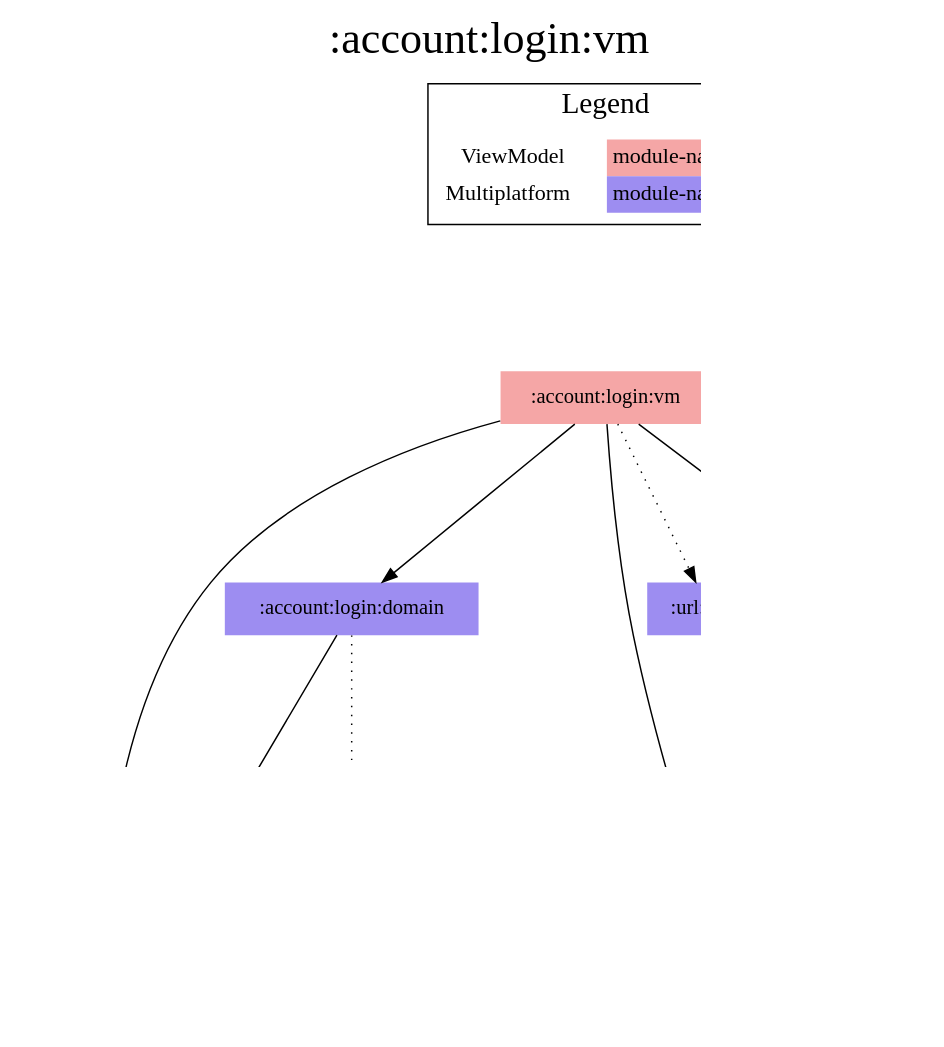
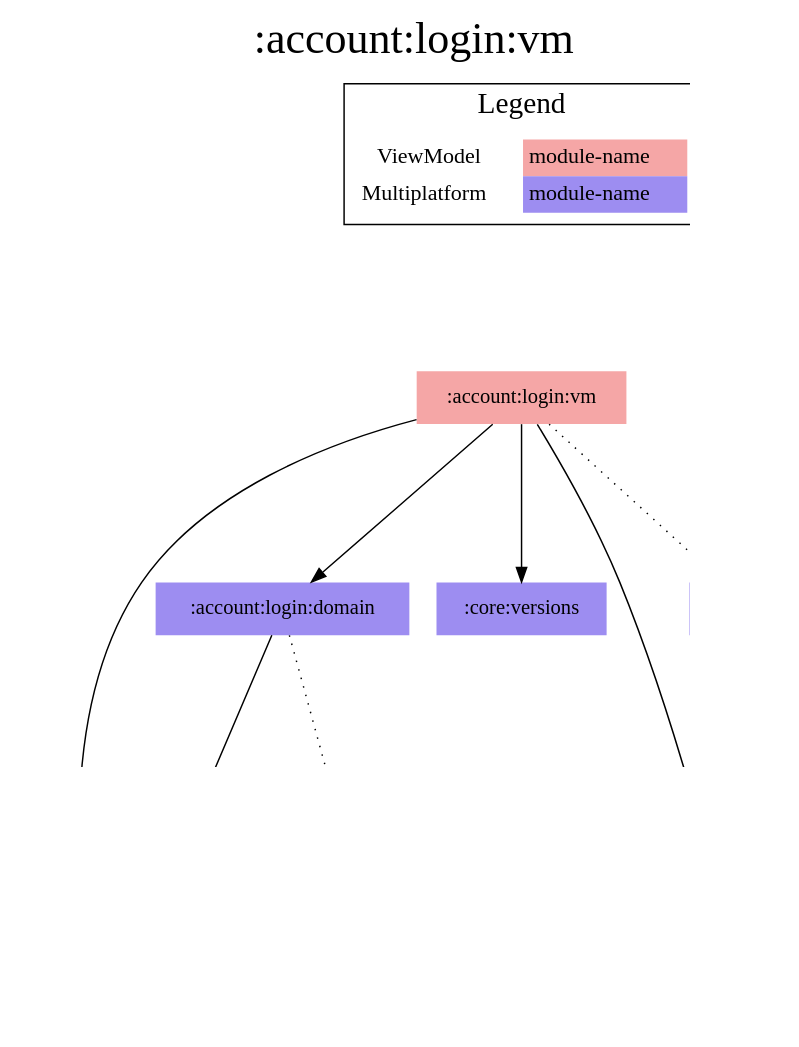
One commit to jonapoul/aktual changed the diagram in modules/account/login/vm/project-dependency-graph.dot. Above: the diagram before and after it, drawn with Graphviz. The commit also changed other lines of this file and 50 other files, not shown here.

Commit message:
Fix diagram sorting

```diff
--- a/modules/account/login/vm/project-dependency-graph.dot
+++ b/modules/account/login/vm/project-dependency-graph.dot
@@ -1,40 +1,40 @@
 digraph {
 edge ["dir"="forward"]
 graph ["dpi"="100","label"=":account:login:vm","labelloc"="t","fontsize"="30","ranksep"="1.5","rankdir"="TB"]
 node ["style"="filled"]
+":account:login:domain" ["fillcolor"="#9D8DF1","shape"="none"]
 ":account:login:vm" ["fillcolor"="#F5A6A6","shape"="none"]
-":account:login:domain" ["fillcolor"="#9D8DF1","shape"="none"]
 ":account:model" ["fillcolor"="#9D8DF1","shape"="none"]
 ":api:actual" ["fillcolor"="#9D8DF1","shape"="none"]
 ":budget:model" ["fillcolor"="#9D8DF1","shape"="none"]
-":url:model" ["fillcolor"="#9D8DF1","shape"="none"]
 ":codegen:annotation" ["fillcolor"="#9D8DF1","shape"="none"]
 ":core:versions" ["fillcolor"="#9D8DF1","shape"="none"]
+":url:model" ["fillcolor"="#9D8DF1","shape"="none"]
 ":url:prefs" ["fillcolor"="#9D8DF1","shape"="none"]
 {
 edge ["dir"="none"]
 graph ["rank"="same"]
 }
 ":account:login:domain" -> ":account:model"
 ":account:login:domain" -> ":api:actual" ["style"="dotted"]
 ":account:login:vm" -> ":account:login:domain"
 ":account:login:vm" -> ":account:model"
 ":account:login:vm" -> ":core:versions"
 ":account:login:vm" -> ":url:model"
 ":account:login:vm" -> ":url:prefs" ["style"="dotted"]
 ":api:actual" -> ":account:model"
 ":api:actual" -> ":budget:model"
 ":api:actual" -> ":codegen:annotation" ["style"="dotted"]
 ":api:actual" -> ":url:model"
 ":url:prefs" -> ":url:model"
 subgraph "cluster_legend" {
 edge ["dir"="none"]
 graph ["label"="Legend","fontsize"="20"]
 "Legend" ["style"="filled","fillcolor"="#FFFFFF","shape"="none","margin"="0","fontsize"="15","label"=<
 <TABLE BORDER="0" CELLBORDER="0" CELLSPACING="0" CELLPADDING="4">
 <TR><TD>ViewModel</TD><TD BGCOLOR="#F5A6A6">module-name</TD></TR>
 <TR><TD>Multiplatform</TD><TD BGCOLOR="#9D8DF1">module-name</TD></TR>
 </TABLE>
 >]
 } -> ":account:login:vm" ["style"="invis"]
 }
```
